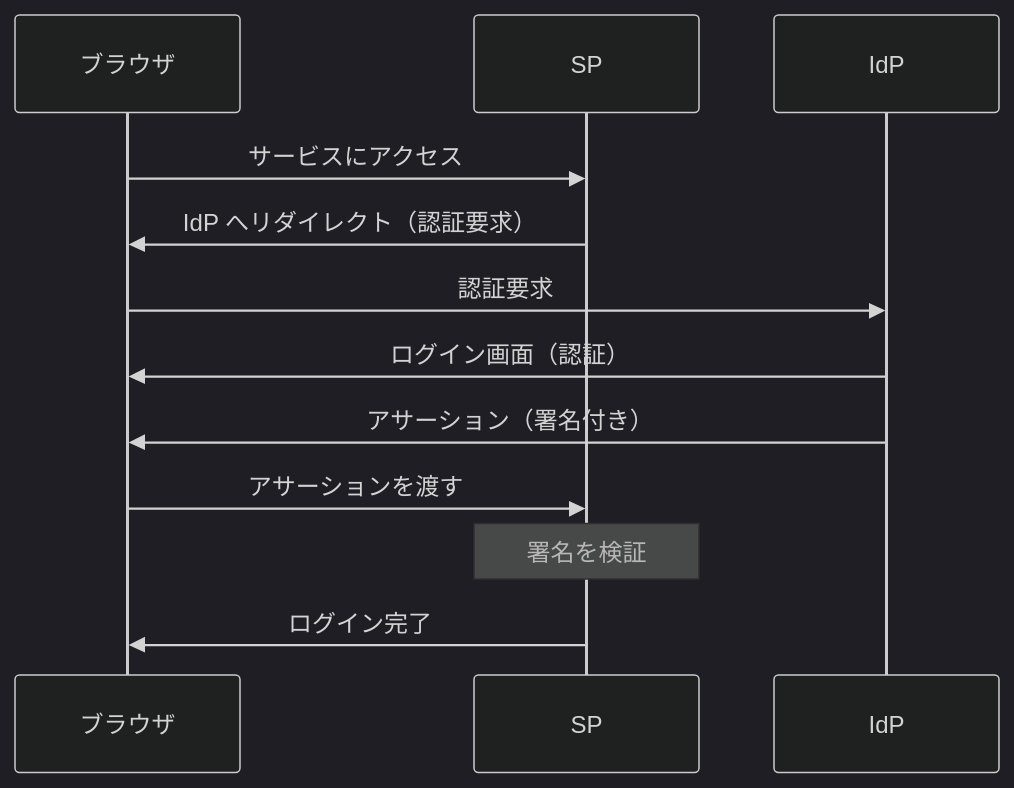
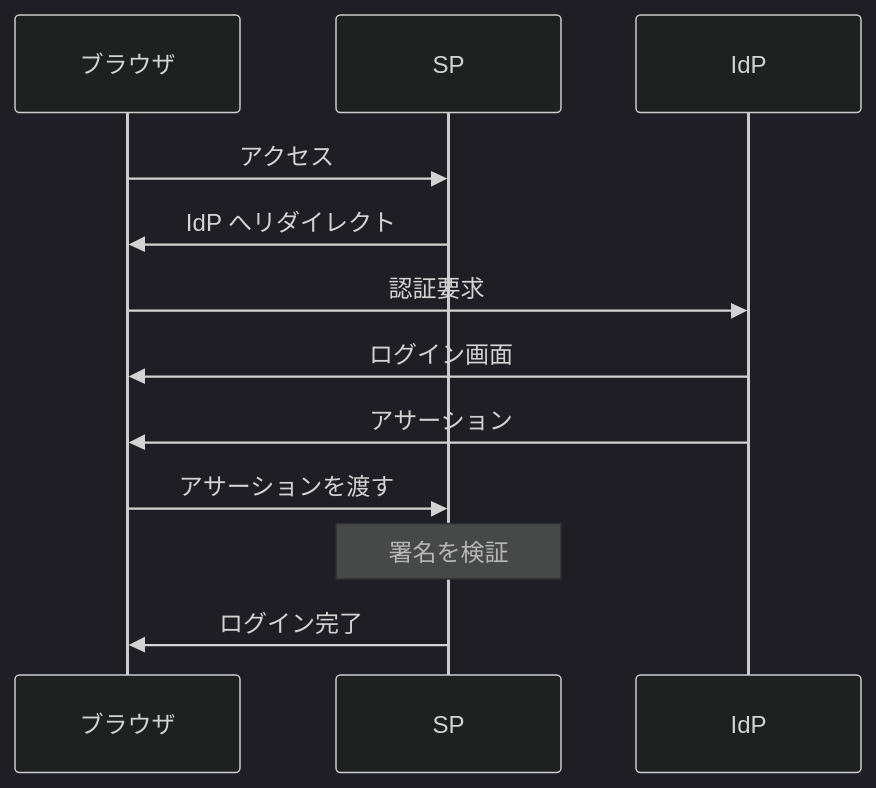
The third of 3 diagrams in network/security/auth-pki.md (nnnaanaa/document), drawn with Mermaid (dark theme) before and after one commit. The commit also changed other lines of this file and 2 other files, not shown here.

First line of the commit message:
新しい暗記シートの図の横幅を調整し、手順の説明を図の下に追記

````diff
--- a/network/security/auth-pki.md
+++ b/network/security/auth-pki.md
@@ -152,14 +156,14 @@
 ```mermaid
 sequenceDiagram
   participant B as ブラウザ
   participant SP as SP
   participant IdP as IdP
-  B->>SP: サービスにアクセス
-  SP->>B: IdP へリダイレクト（認証要求）
+  B->>SP: アクセス
+  SP->>B: IdP へリダイレクト
   B->>IdP: 認証要求
-  IdP->>B: ログイン画面（認証）
-  IdP->>B: アサーション（署名付き）
+  IdP->>B: ログイン画面
+  IdP->>B: アサーション
   B->>SP: アサーションを渡す
   Note over SP: 署名を検証
   SP->>B: ログイン完了
 ```
````
